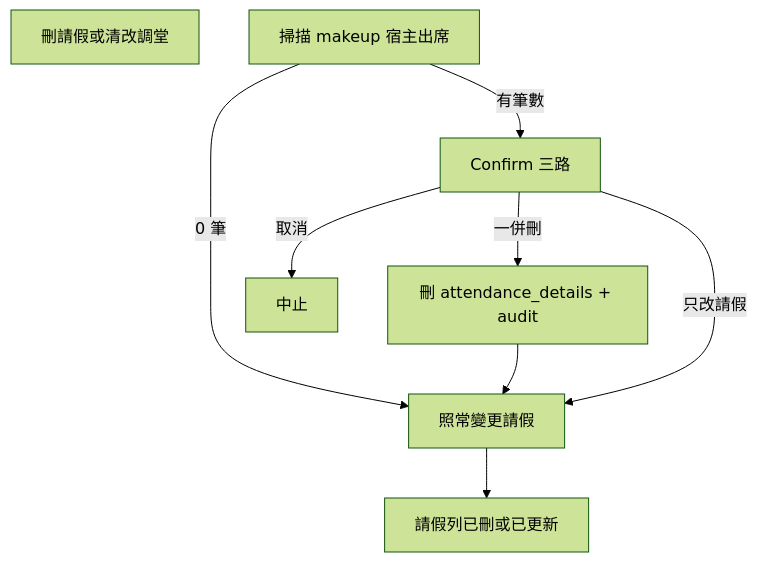
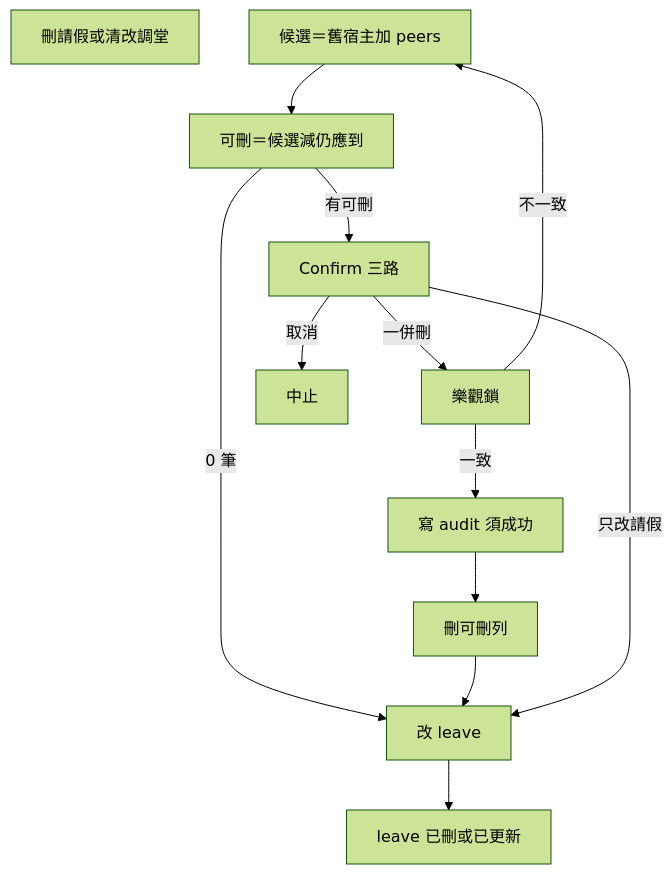
The diagram in docs/plans/2026-07-31-lifecycle-orphans.md (JudyBenPCChow/mainhope_system), drawn with Mermaid (forest theme) before and after one commit. The commit also changed other lines of this file and 50 other files, not shown here.

````diff
--- a/docs/plans/2026-07-31-lifecycle-orphans.md
+++ b/docs/plans/2026-07-31-lifecycle-orphans.md
@@ -63,12 +218,17 @@
 ```mermaid
 flowchart TD
   trigger[刪請假或清改調堂]
-  scan[掃描 makeup 宿主出席]
-  scan -->|0 筆| proceed[照常變更請假]
-  scan -->|有筆數| confirm[Confirm 三路]
-  confirm -->|一併刪| delAtt[刪 attendance_details + audit]
+  scan[候選＝舊宿主加 peers]
+  filter[可刪＝候選減仍應到]
+  filter -->|0 筆| proceed[改 leave]
+  filter -->|有可刪| confirm[Confirm 三路]
+  confirm -->|一併刪| lock[樂觀鎖]
+  lock -->|不一致| scan
+  lock -->|一致| audit[寫 audit 須成功]
+  audit --> delAtt[刪可刪列]
   delAtt --> proceed
   confirm -->|只改請假| proceed
   confirm -->|取消| abort[中止]
-  proceed --> done[請假列已刪或已更新]
+  scan --> filter
+  proceed --> done[leave 已刪或已更新]
 ```
````
